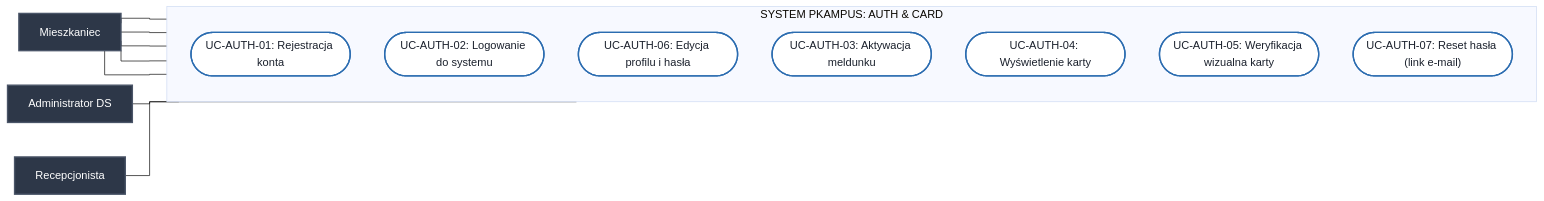
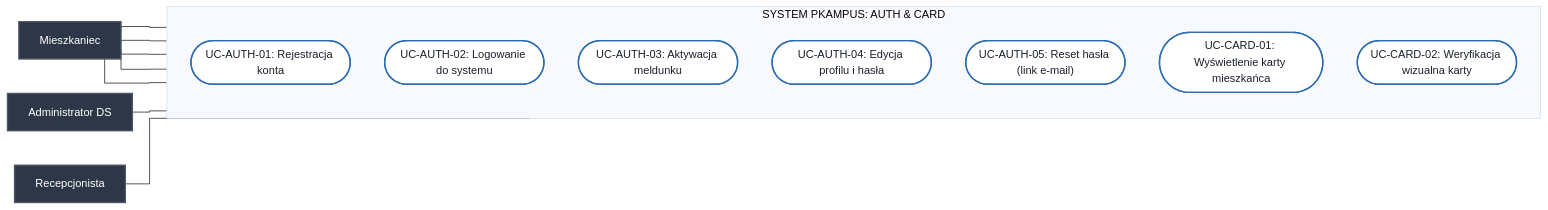
One commit to Buczy8/PKampus changed the second of 8 diagrams in Docs/Diagramy_Przypadkow_Uzycia.md. Above: the diagram before and after it, drawn with Mermaid (base theme). The commit also changed other lines of this file and 4 other files, not shown here.

Commit message:
docs: update use case diagrams and database model for room booking and maintenance features

````diff
--- a/Docs/Diagramy_Przypadkow_Uzycia.md
+++ b/Docs/Diagramy_Przypadkow_Uzycia.md
@@ -72,31 +75,31 @@
 ```mermaid
 %%{init: {'flowchart': {'curve': 'stepBefore'}}}%%
 flowchart LR
     classDef actorStyle fill:#2d3748,stroke:#4a5568,stroke-width:2px,color:#fff;
     classDef ucStyle fill:#fff,stroke:#2b6cb0,stroke-width:2px,color:#1a202c;
 
     Student["Mieszkaniec"]:::actorStyle
 
     subgraph System_Auth ["SYSTEM PKAMPUS: AUTH & CARD"]
         direction TB
         UC_AUTH_01(["UC-AUTH-01: Rejestracja konta"]):::ucStyle
         UC_AUTH_02(["UC-AUTH-02: Logowanie do systemu"]):::ucStyle
-        UC_AUTH_06(["UC-AUTH-06: Edycja profilu i hasła"]):::ucStyle
         UC_AUTH_03(["UC-AUTH-03: Aktywacja meldunku"]):::ucStyle
-        UC_AUTH_04(["UC-AUTH-04: Wyświetlenie karty"]):::ucStyle
-        UC_AUTH_05(["UC-AUTH-05: Weryfikacja wizualna karty"]):::ucStyle
-        UC_AUTH_07(["UC-AUTH-07: Reset hasła (link e-mail)"]):::ucStyle
+        UC_AUTH_04(["UC-AUTH-04: Edycja profilu i hasła"]):::ucStyle
+        UC_AUTH_05(["UC-AUTH-05: Reset hasła (link e-mail)"]):::ucStyle
+        UC_CARD_01(["UC-CARD-01: Wyświetlenie karty mieszkańca"]):::ucStyle
+        UC_CARD_02(["UC-CARD-02: Weryfikacja wizualna karty"]):::ucStyle
     end
 
     AdminDS["Administrator DS"]:::actorStyle
     Portier["Recepcjonista"]:::actorStyle
 
     Student --- UC_AUTH_01
     Student --- UC_AUTH_02
-    Student --- UC_AUTH_06
     Student --- UC_AUTH_04
-    Student --- UC_AUTH_07
+    Student --- UC_AUTH_05
+    Student --- UC_CARD_01
 
     AdminDS --- UC_AUTH_03
-    Portier --- UC_AUTH_05
+    Portier --- UC_CARD_02
 ```
````
